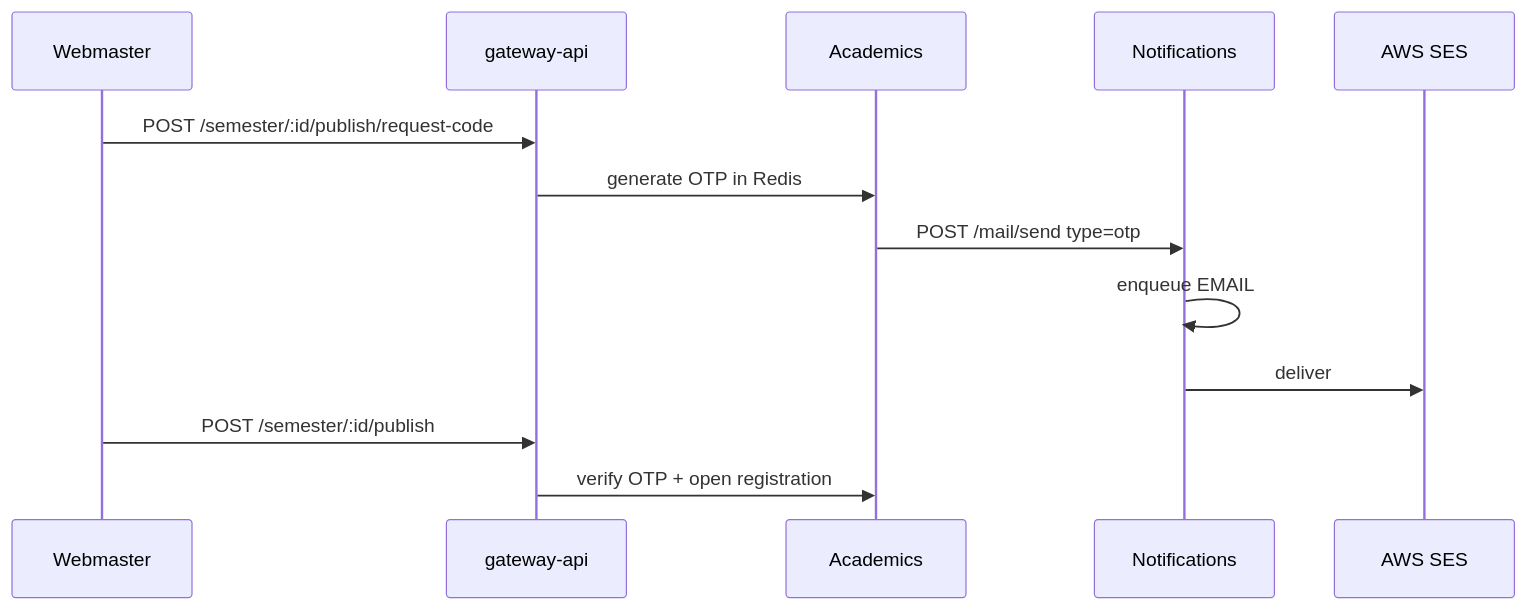
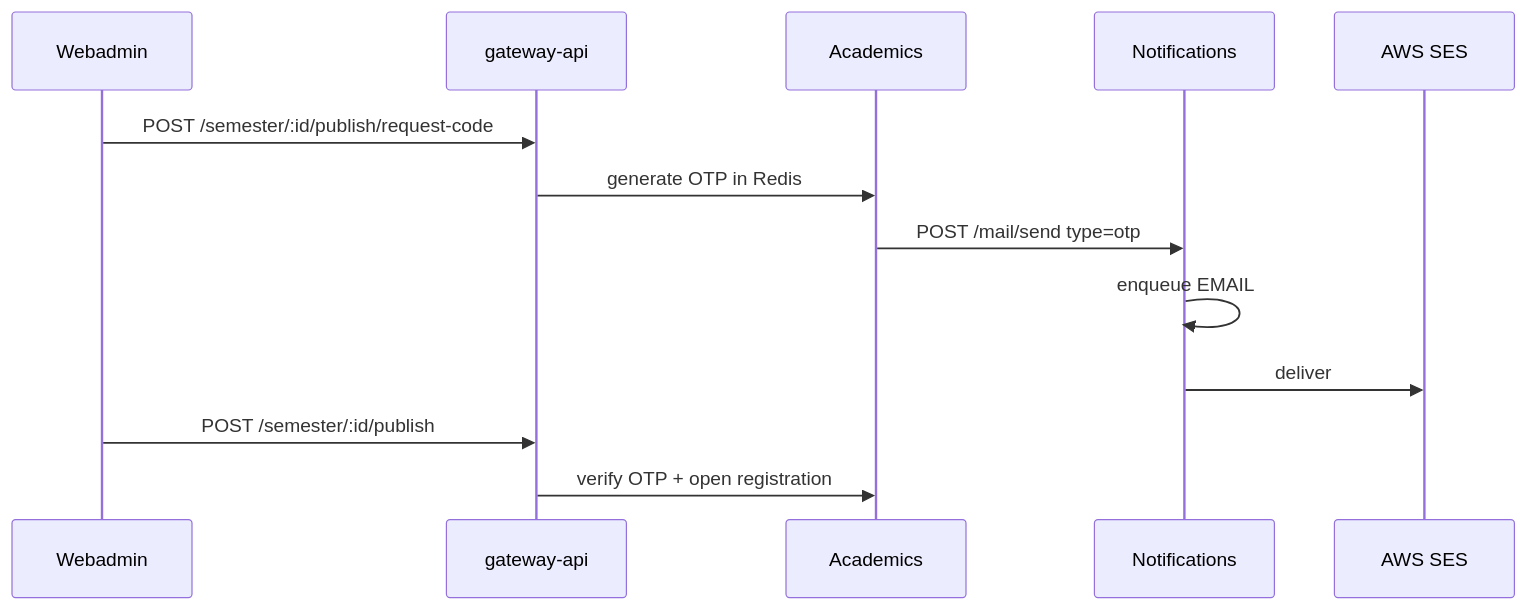
One commit to uniz-rguktong/uniz-master changed diagram 12 of 22 in apps/uniz-docs/system/action-flows.md. Above: the diagram before and after it, drawn with Mermaid. The commit also changed other lines of this file and 38 other files, not shown here.

````diff
--- a/apps/uniz-docs/system/action-flows.md
+++ b/apps/uniz-docs/system/action-flows.md
@@ -237,16 +237,16 @@
 ```mermaid
 sequenceDiagram
-  participant B as Webmaster
+  participant B as Webadmin
   participant GW as gateway-api
   participant A as Academics
   participant N as Notifications
   participant SES as AWS SES
 
   B->>GW: POST /semester/:id/publish/request-code
   GW->>A: generate OTP in Redis
   A->>N: POST /mail/send type=otp
   N->>N: enqueue EMAIL
   N->>SES: deliver
   B->>GW: POST /semester/:id/publish
   GW->>A: verify OTP + open registration
 ```
````
